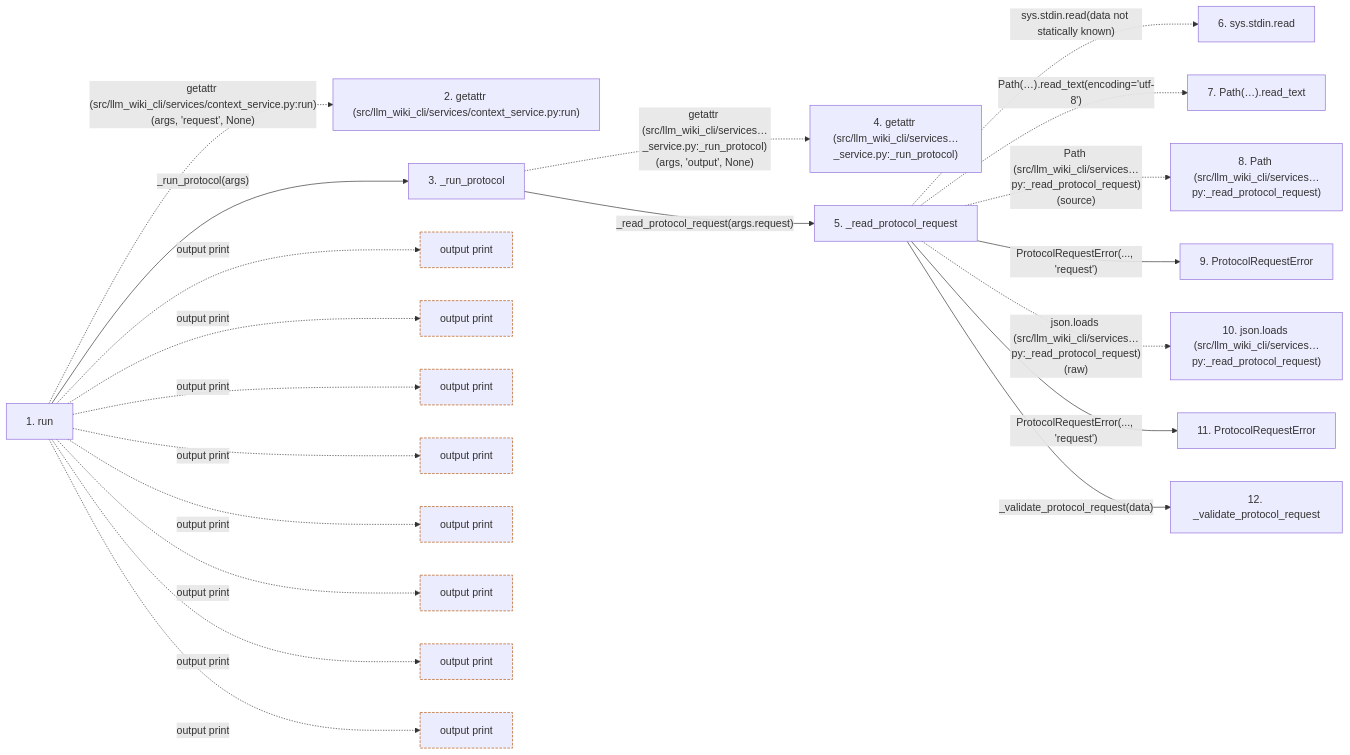
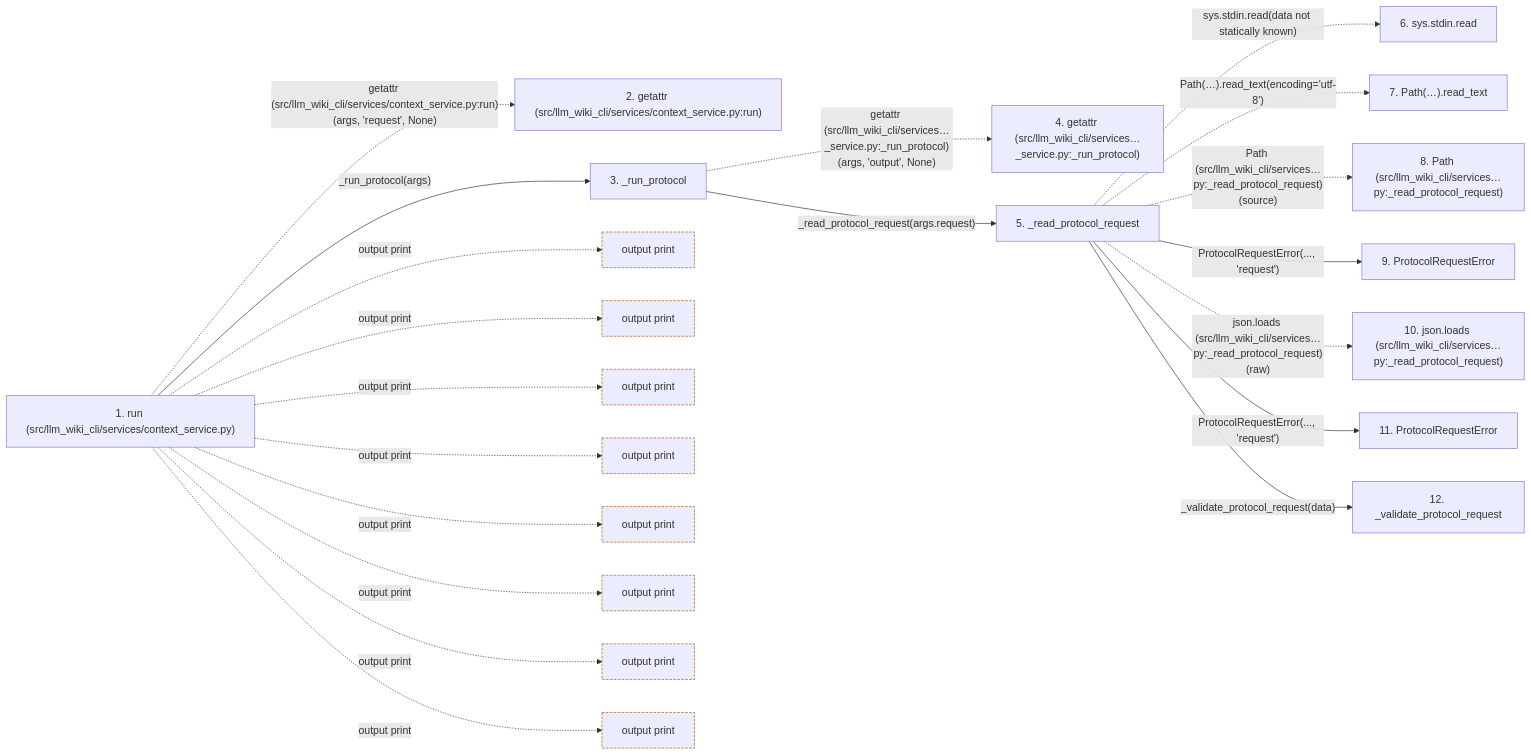
One commit to Denissvgn/python-wiki-llm changed the second of 2 diagrams in docs/llm_wiki/flows/cli-context.md. Above: the diagram before and after it, drawn with Mermaid. The commit also changed other lines of this file and 152 other files, not shown here.

````diff
--- a/docs/llm_wiki/flows/cli-context.md
+++ b/docs/llm_wiki/flows/cli-context.md
@@ -101,57 +109,57 @@
 ```mermaid
 flowchart LR
-    s1["1. run"]
+    s1["1. run (src/llm_wiki_cli/services/context_service.py)"]
     s2["2. getattr (src/llm_wiki_cli/services/context_service.py:run)"]
     s3["3. _run_protocol"]
     s4["4. getattr (src/llm_wiki_cli/services…_service.py:_run_protocol)"]
     s5["5. _read_protocol_request"]
     s6["6. sys.stdin.read"]
     s7["7. Path(…).read_text"]
     s8["8. Path (src/llm_wiki_cli/services…py:_read_protocol_request)"]
     s9["9. ProtocolRequestError"]
     s10["10. json.loads (src/llm_wiki_cli/services…py:_read_protocol_request)"]
     s11["11. ProtocolRequestError"]
     s12["12. _validate_protocol_request"]
     s1 -. "getattr (src/llm_wiki_cli/services/context_service.py:run)(args, 'request', None)" .-> s2
     s1 -->|"_run_protocol(args)"| s3
     s3 -. "getattr (src/llm_wiki_cli/services…_service.py:_run_protocol)(args, 'output', None)" .-> s4
     s3 -->|"_read_protocol_request(args.request)"| s5
     s5 -. "sys.stdin.read(data not statically known)" .-> s6
     s5 -. "Path(…).read_text(encoding='utf-8')" .-> s7
     s5 -. "Path (src/llm_wiki_cli/services…py:_read_protocol_request)(source)" .-> s8
     s5 -->|"ProtocolRequestError(..., 'request')"| s9
     s5 -. "json.loads (src/llm_wiki_cli/services…py:_read_protocol_request)(raw)" .-> s10
     s5 -->|"ProtocolRequestError(..., 'request')"| s11
     s5 -->|"_validate_protocol_request(data)"| s12
     b0["output print"]
     s1 -. "output print" .-> b0
     b1["output print"]
     s1 -. "output print" .-> b1
     b2["output print"]
     s1 -. "output print" .-> b2
     b3["output print"]
     s1 -. "output print" .-> b3
     b4["output print"]
     s1 -. "output print" .-> b4
     b5["output print"]
     s1 -. "output print" .-> b5
     b6["output print"]
     s1 -. "output print" .-> b6
     b7["output print"]
     s1 -. "output print" .-> b7
     click s1 "../modules/context_service.md"
     click s3 "../modules/context_service.md"
     click s5 "../modules/context_service.md"
     click s9 "../modules/context_service.md"
     click s11 "../modules/context_service.md"
     click s12 "../modules/context_service.md"
     classDef boundary stroke:#b45309,stroke-dasharray: 4 2
     class b0 boundary
     class b1 boundary
     class b2 boundary
     class b3 boundary
     class b4 boundary
     class b5 boundary
     class b6 boundary
     class b7 boundary
 ```
````
